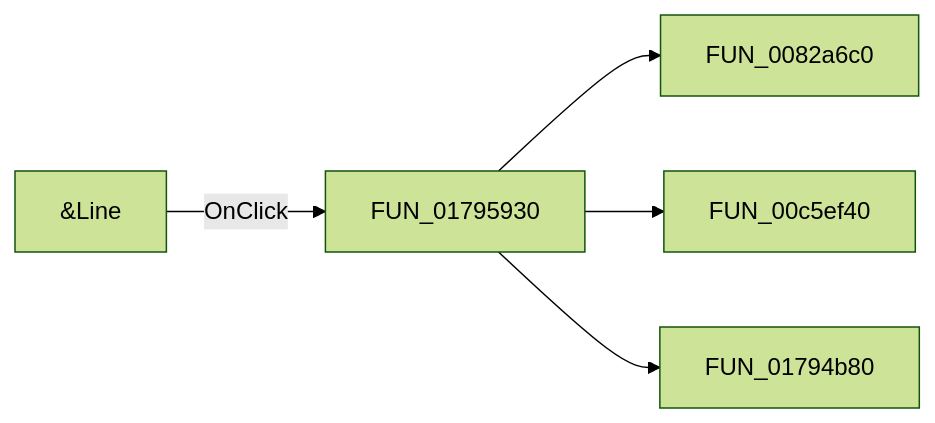
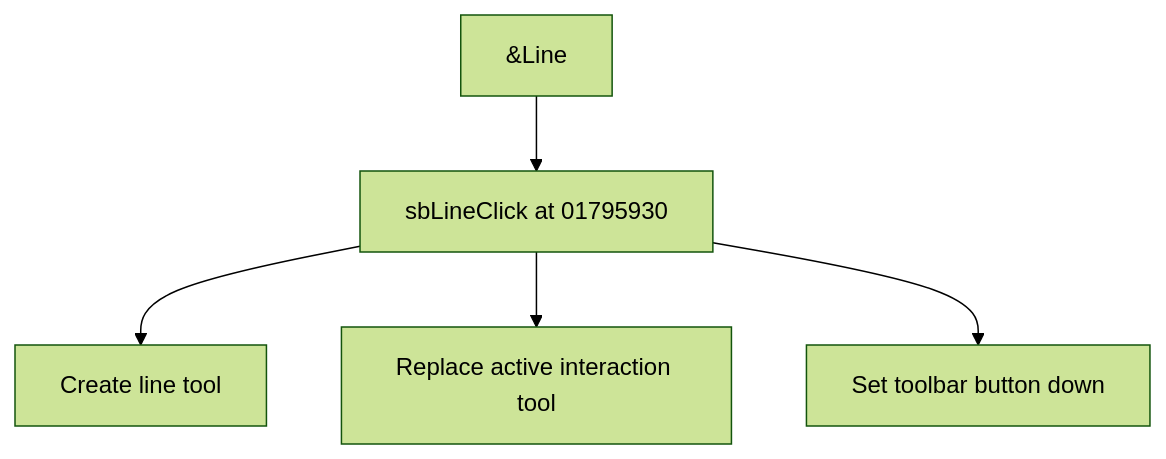
One commit to MovGP0/TIARA changed the diagram in docs/ui-controls/shapeedit/mnuline-c31ad5d7c0.md. Above: the diagram before and after it, drawn with Mermaid (forest theme). The commit also changed other lines of this file and 1062 other files, not shown here.

````diff
--- a/docs/ui-controls/shapeedit/mnuline-c31ad5d7c0.md
+++ b/docs/ui-controls/shapeedit/mnuline-c31ad5d7c0.md
@@ -27,7 +27,7 @@
 ```mermaid
-flowchart LR
-    control["&Line"] -->|OnClick| handler["FUN_01795930"]
-    handler --> call1["FUN_0082a6c0"]
-    handler --> call2["FUN_00c5ef40"]
-    handler --> call3["FUN_01794b80"]
+flowchart TD
+    control["&Line"] --> handler["sbLineClick at 01795930"]
+    handler --> step1["Create line tool"]
+    handler --> step2["Replace active interaction tool"]
+    handler --> step3["Set toolbar button down"]
 ```
````
